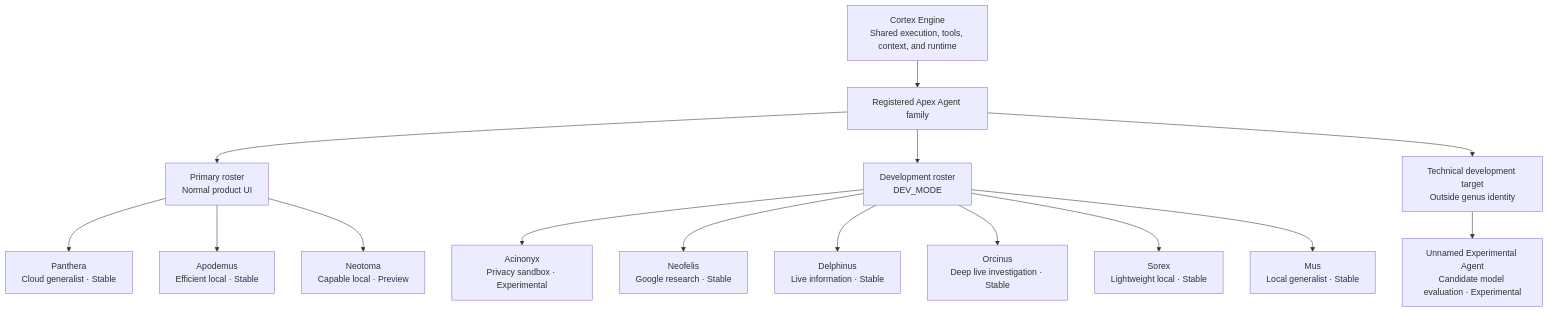
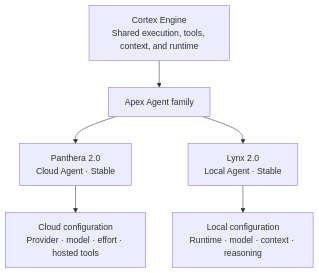
One commit to edumarcano/APEX changed the diagram in docs/identity-and-naming.md. Above: the diagram before and after it, drawn with Mermaid. The commit also changed other lines of this file and 92 other files, not shown here.

First line of the commit message:
feat: rework Apex Agents into Panthera and Lynx

````diff
--- a/docs/identity-and-naming.md
+++ b/docs/identity-and-naming.md
@@ -98,27 +103,12 @@
 ```mermaid
 flowchart TB
     ENGINE["Cortex Engine<br/>Shared execution, tools, context, and runtime"]
-    FAMILY["Registered Apex Agent family"]
-
-    PRIMARY["Primary roster<br/>Normal product UI"]
-    DEV["Development roster<br/>DEV_MODE"]
-    EXP["Technical development target<br/>Outside genus identity"]
+    FAMILY["Apex Agent family"]
 
     ENGINE --> FAMILY
-    FAMILY --> PRIMARY
-    FAMILY --> DEV
-    FAMILY --> EXP
+    FAMILY --> PANTHERA["Panthera 2.0<br/>Cloud Agent · Stable"]
+    FAMILY --> LYNX["Lynx 2.0<br/>Local Agent · Stable"]
 
-    PRIMARY --> PANTHERA["Panthera<br/>Cloud generalist · Stable"]
-    PRIMARY --> APODEMUS["Apodemus<br/>Efficient local · Stable"]
-    PRIMARY --> NEOTOMA["Neotoma<br/>Capable local · Preview"]
-
-    DEV --> ACINONYX["Acinonyx<br/>Privacy sandbox · Experimental"]
-    DEV --> NEOFELIS["Neofelis<br/>Google research · Stable"]
-    DEV --> DELPHINUS["Delphinus<br/>Live information · Stable"]
-    DEV --> ORCINUS["Orcinus<br/>Deep live investigation · Stable"]
-    DEV --> SOREX["Sorex<br/>Lightweight local · Stable"]
-    DEV --> MUS["Mus<br/>Local generalist · Stable"]
-
-    EXP --> UNNAMED["Unnamed Experimental Agent<br/>Candidate model evaluation · Experimental"]
+    PANTHERA --> CLOUDCFG["Cloud configuration<br/>Provider · model · effort · hosted tools"]
+    LYNX --> LOCALCFG["Local configuration<br/>Runtime · model · context · reasoning"]
 ```
````
